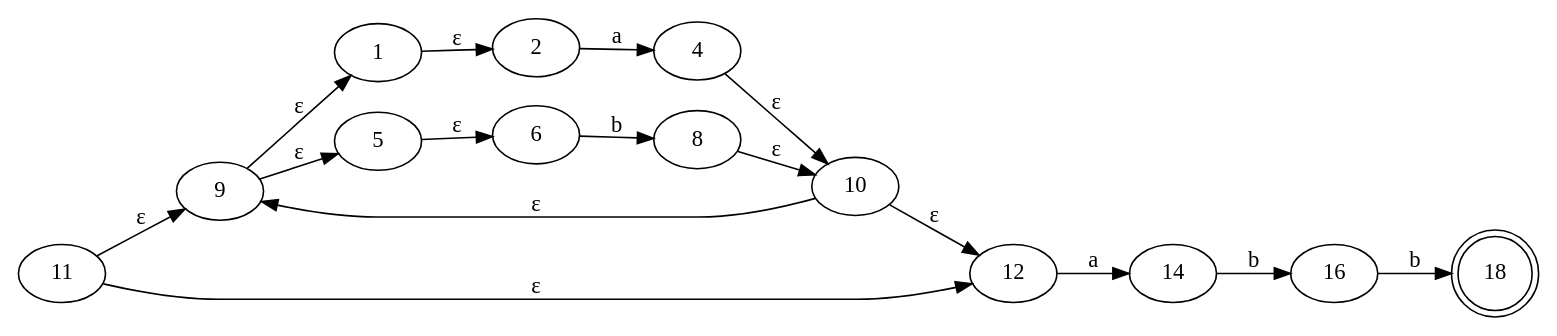
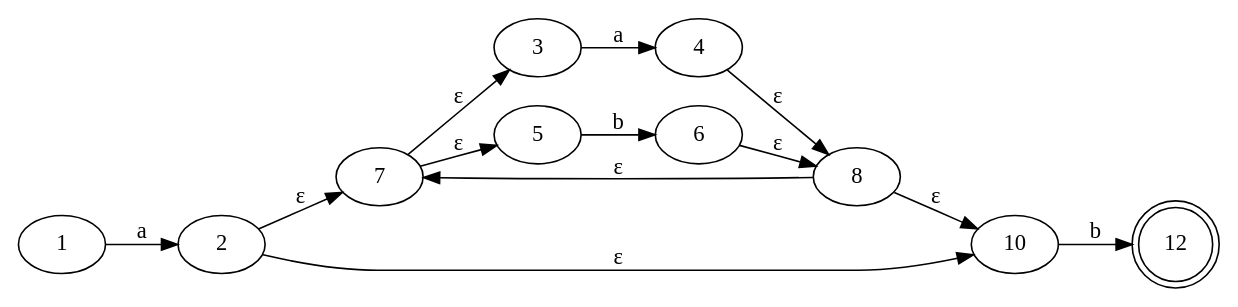
Before and after one commit to rmonzon98/gramatica-LL: the diagram in graficas/Thompson.gv, drawn with Graphviz. The commit also changed 12 other files, not shown here.

```diff
--- a/graficas/Thompson.gv
+++ b/graficas/Thompson.gv
@@ -1,31 +1,25 @@
 digraph Automata {
 	rankdir=LR
-	9 [label=9]
 	1 [label=1]
+	2 [label=2]
+	7 [label=7]
+	3 [label=3]
 	5 [label=5]
-	2 [label=2]
 	4 [label=4]
 	6 [label=6]
 	8 [label=8]
 	10 [label=10]
-	11 [label=11]
-	12 [label=12]
-	14 [label=14]
-	16 [label=16]
-	18 [label=18 shape=doublecircle]
-	9 -> 1 [label="ε"]
-	9 -> 5 [label="ε"]
-	1 -> 2 [label="ε"]
-	2 -> 4 [label=a]
-	5 -> 6 [label="ε"]
-	6 -> 8 [label=b]
-	4 -> 10 [label="ε"]
+	12 [label=12 shape=doublecircle]
+	1 -> 2 [label=a]
+	7 -> 3 [label="ε"]
+	7 -> 5 [label="ε"]
+	3 -> 4 [label=a]
+	5 -> 6 [label=b]
+	4 -> 8 [label="ε"]
+	6 -> 8 [label="ε"]
 	8 -> 10 [label="ε"]
-	11 -> 9 [label="ε"]
-	11 -> 12 [label="ε"]
-	10 -> 12 [label="ε"]
-	10 -> 9 [label="ε"]
-	12 -> 14 [label=a]
-	14 -> 16 [label=b]
-	16 -> 18 [label=b]
+	8 -> 7 [label="ε"]
+	2 -> 7 [label="ε"]
+	2 -> 10 [label="ε"]
+	10 -> 12 [label=b]
 }
```
